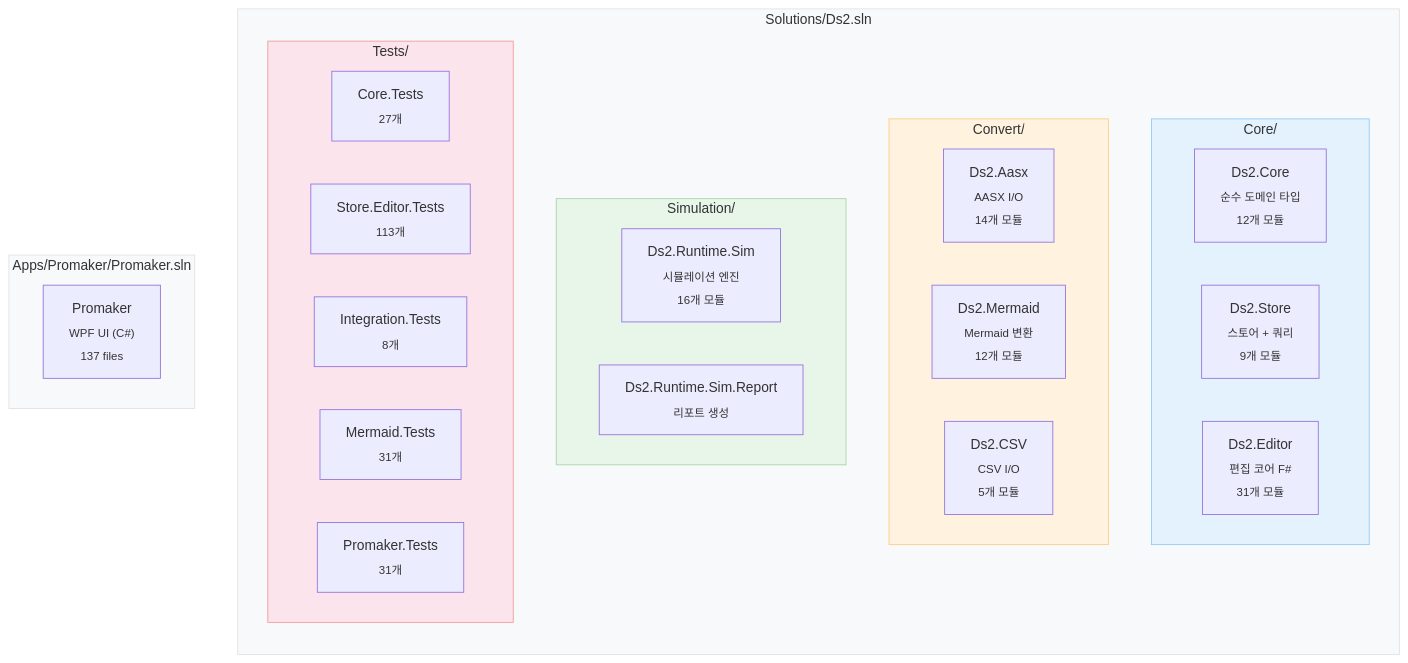
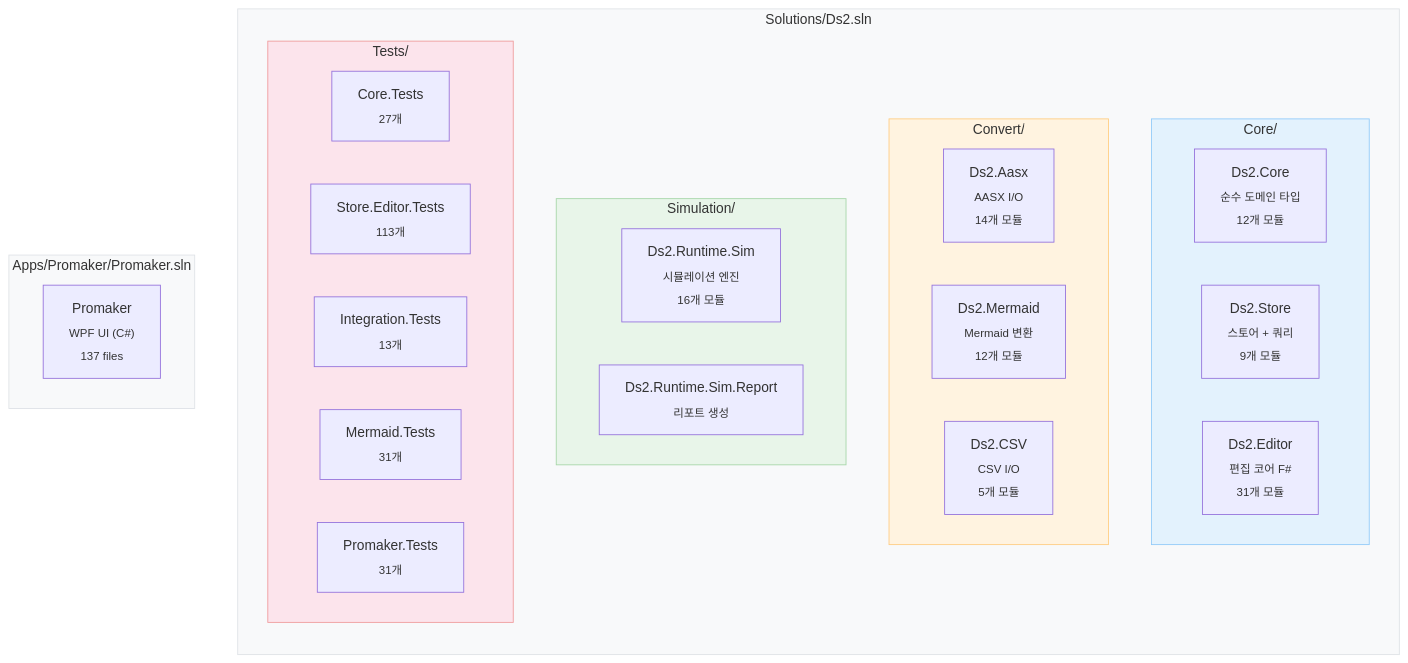
Before and after one commit to DualsoftDev/ds2: the seventh of 7 diagrams in README.md, drawn with Mermaid. The commit also changed other lines of this file and 70 other files, not shown here.

````diff
--- a/README.md
+++ b/README.md
@@ -234,42 +234,42 @@
 ```mermaid
 graph TD
     subgraph Solutions["Solutions/Ds2.sln"]
         direction TB
 
         subgraph Core["Core/"]
             DC["Ds2.Core<br/><sub>순수 도메인 타입<br/>12개 모듈</sub>"]
             DST["Ds2.Store<br/><sub>스토어 + 쿼리<br/>9개 모듈</sub>"]
             DED["Ds2.Editor<br/><sub>편집 코어 F#<br/>31개 모듈</sub>"]
         end
 
         subgraph Convert["Convert/"]
             AASX["Ds2.Aasx<br/><sub>AASX I/O<br/>14개 모듈</sub>"]
             MER["Ds2.Mermaid<br/><sub>Mermaid 변환<br/>12개 모듈</sub>"]
             CSV["Ds2.CSV<br/><sub>CSV I/O<br/>5개 모듈</sub>"]
         end
 
         subgraph Sim["Simulation/"]
             SIM["Ds2.Runtime.Sim<br/><sub>시뮬레이션 엔진<br/>16개 모듈</sub>"]
             RPT["Ds2.Runtime.Sim.Report<br/><sub>리포트 생성</sub>"]
         end
 
         subgraph Tests["Tests/"]
             T1["Core.Tests<br/><sub>27개</sub>"]
             T2["Store.Editor.Tests<br/><sub>113개</sub>"]
-            T3["Integration.Tests<br/><sub>8개</sub>"]
+            T3["Integration.Tests<br/><sub>13개</sub>"]
             T4["Mermaid.Tests<br/><sub>31개</sub>"]
             T5["Promaker.Tests<br/><sub>31개</sub>"]
         end
     end
 
     subgraph Apps["Apps/Promaker/Promaker.sln"]
         PM["Promaker<br/><sub>WPF UI (C#)<br/>137 files</sub>"]
     end
 
     style Solutions fill:#f8f9fa,stroke:#dee2e6
     style Apps fill:#f8f9fa,stroke:#dee2e6
     style Core fill:#e3f2fd,stroke:#90caf9
     style Convert fill:#fff3e0,stroke:#ffcc80
     style Sim fill:#e8f5e9,stroke:#a5d6a7
     style Tests fill:#fce4ec,stroke:#ef9a9a
 ```
````
